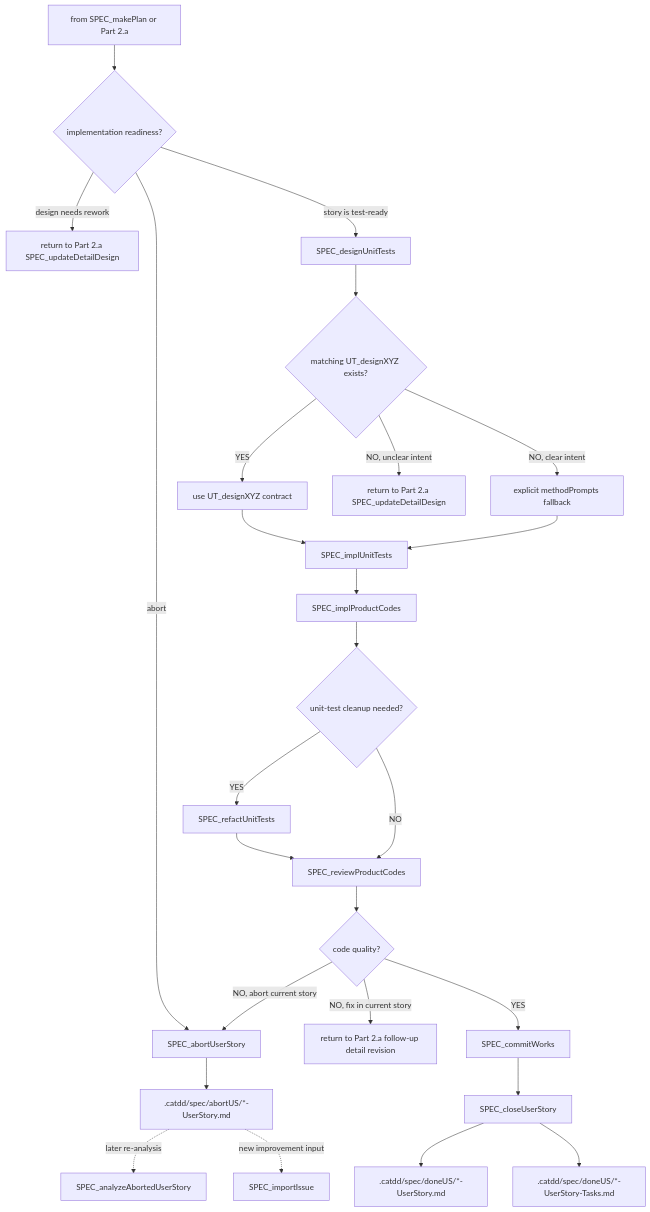
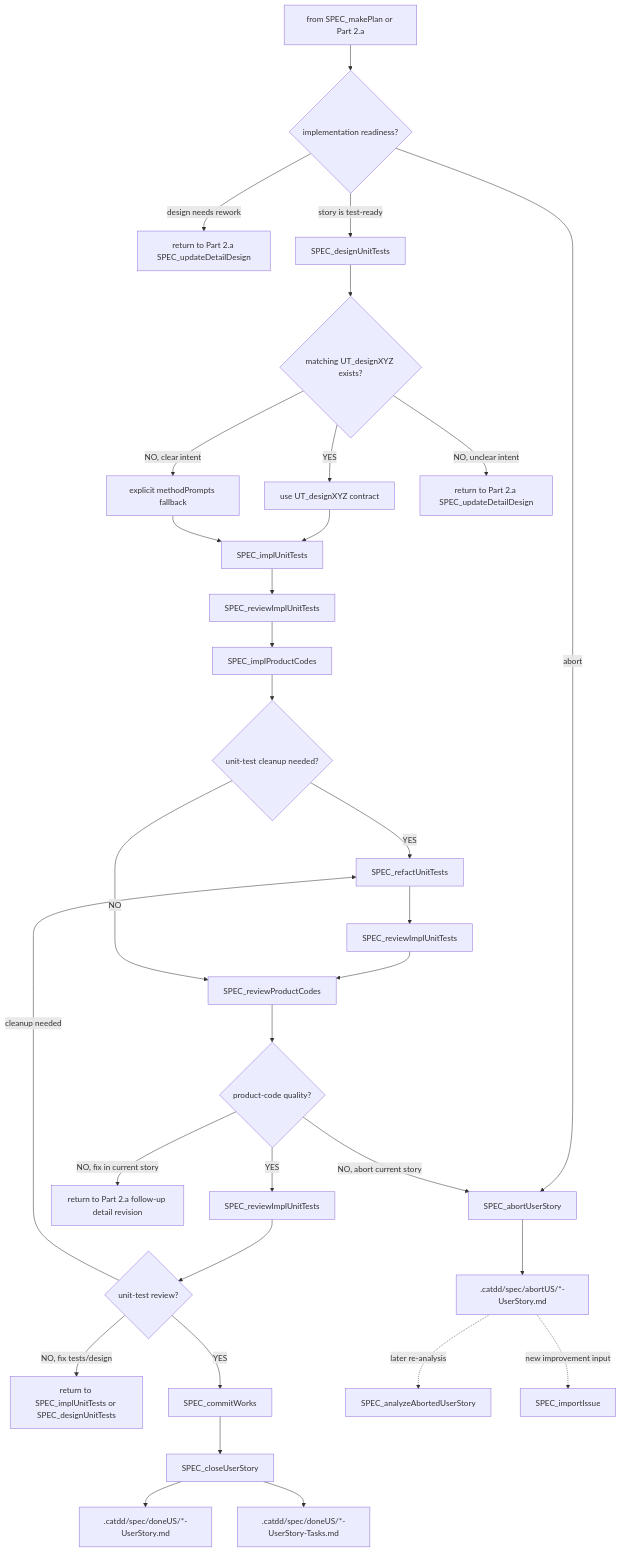
Before and after one commit to EnigmaWU/MyCaTDD: the third of 3 diagrams in slashCommands/flows/Px-SpecFlow.md, drawn with Mermaid. The commit also changed other lines of this file and 9 other files, not shown here.

Commit message:
add: new SPEC_reviewImplUnitTests command, update flow diagrams, and refine product code review processes

````diff
--- a/slashCommands/flows/Px-SpecFlow.md
+++ b/slashCommands/flows/Px-SpecFlow.md
@@ -262,30 +262,36 @@
 ```mermaid
 flowchart TB
     Part2b["from SPEC_makePlan or Part 2.a"] --> ImplementationChoice{"implementation readiness?"}
     ImplementationChoice -- "design needs rework" --> ReviewStoryRef["return to Part 2.a SPEC_updateDetailDesign"]
     ImplementationChoice -- "abort" --> Abort2b["SPEC_abortUserStory"]
     ImplementationChoice -- "story is test-ready" --> DesignTests["SPEC_designUnitTests"]
 
     DesignTests --> UTDesign{"matching UT_designXYZ exists?"}
     UTDesign -- "YES" --> CategoryDesign["use UT_designXYZ contract"]
     UTDesign -- "NO, clear intent" --> MethodFallback["explicit methodPrompts fallback"]
     UTDesign -- "NO, unclear intent" --> DetailGap["return to Part 2.a SPEC_updateDetailDesign"]
     CategoryDesign --> ImplTests["SPEC_implUnitTests"]
     MethodFallback --> ImplTests
-    ImplTests --> ImplCode["SPEC_implProductCodes"]
+    ImplTests --> ReviewImplTests["SPEC_reviewImplUnitTests"]
+    ReviewImplTests --> ImplCode["SPEC_implProductCodes"]
     ImplCode --> RefactTests{"unit-test cleanup needed?"}
     RefactTests -- "YES" --> RefactUnitTests["SPEC_refactUnitTests"]
-    RefactUnitTests --> ReviewCode["SPEC_reviewProductCodes"]
+    RefactUnitTests --> ReviewImplTestsAfterRefactor["SPEC_reviewImplUnitTests"]
+    ReviewImplTestsAfterRefactor --> ReviewCode["SPEC_reviewProductCodes"]
     RefactTests -- "NO" --> ReviewCode
-    ReviewCode --> QualityCode{"code quality?"}
+    ReviewCode --> QualityCode{"product-code quality?"}
 
     QualityCode -- "NO, fix in current story" --> DesignRework["return to Part 2.a follow-up detail revision"]
     QualityCode -- "NO, abort current story" --> Abort2b
-    QualityCode -- "YES" --> Commit["SPEC_commitWorks"]
+    QualityCode -- "YES" --> ReviewImplTestsAfterProductCode["SPEC_reviewImplUnitTests"]
+    ReviewImplTestsAfterProductCode --> UnitTestQuality{"unit-test review?"}
+    UnitTestQuality -- "NO, fix tests/design" --> TestRework["return to SPEC_implUnitTests or SPEC_designUnitTests"]
+    UnitTestQuality -- "cleanup needed" --> RefactUnitTests
+    UnitTestQuality -- "YES" --> Commit["SPEC_commitWorks"]
     Commit --> Close["SPEC_closeUserStory"]
     Close --> Done[".catdd/spec/doneUS/*-UserStory.md"]
     Close --> DoneTasks[".catdd/spec/doneUS/*-UserStory-Tasks.md"]
     Abort2b --> AbortUS2b[".catdd/spec/abortUS/*-UserStory.md"]
     AbortUS2b -. "later re-analysis" .-> AnalyzeAbort2b["SPEC_analyzeAbortedUserStory"]
     AbortUS2b -. "new improvement input" .-> ImportIssue2b["SPEC_importIssue"]
 ```
````
